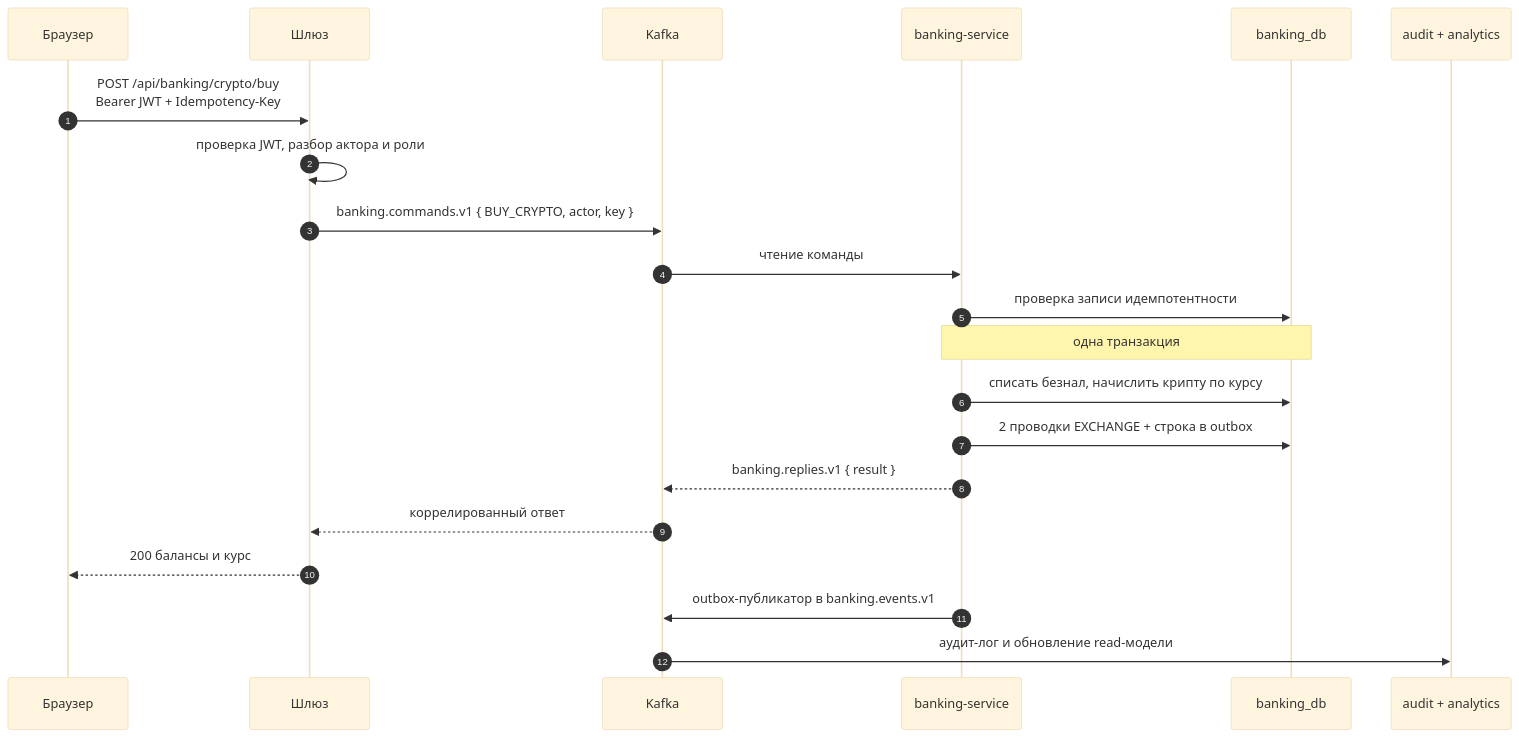
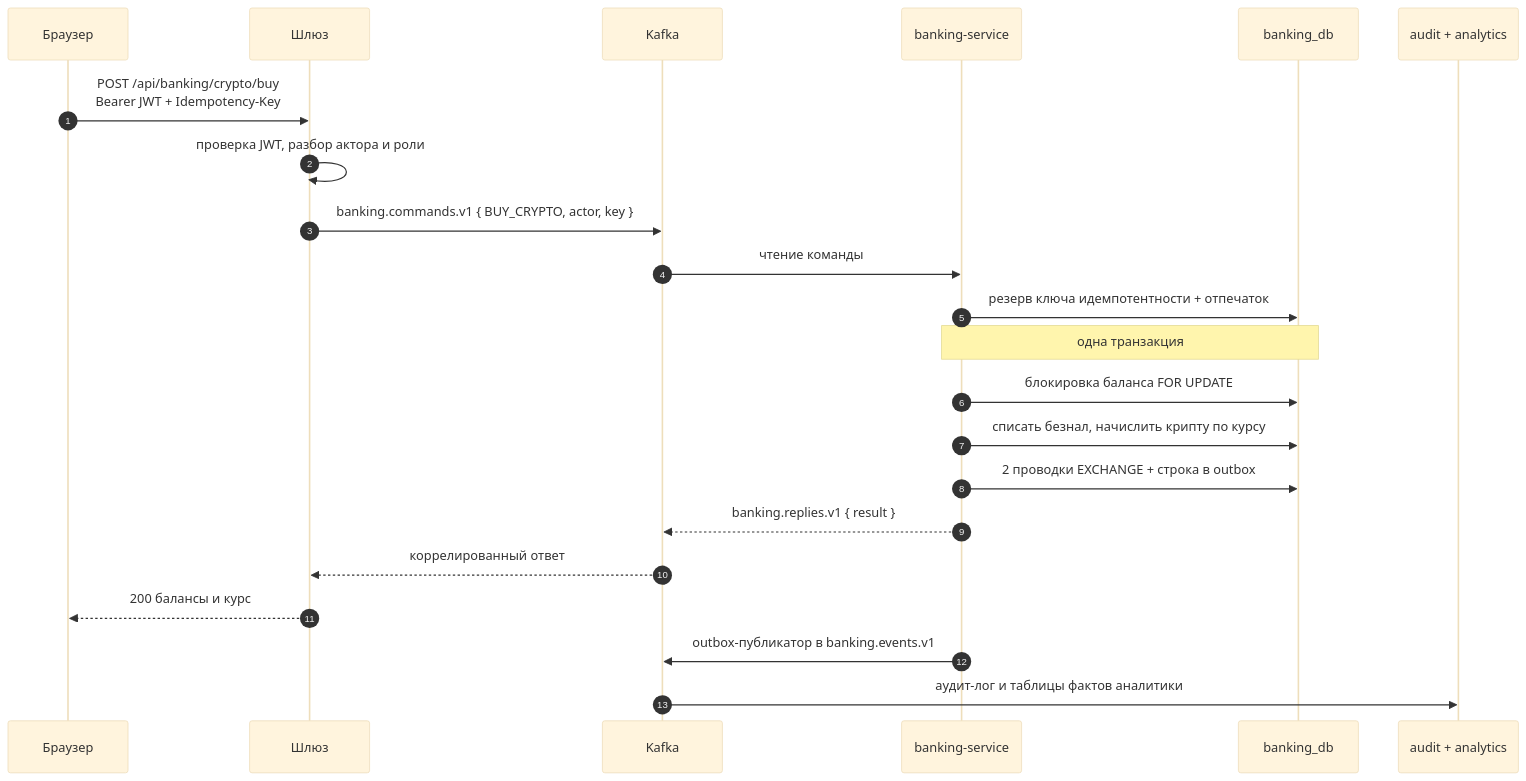
One commit to Andrew97422/cyberpunk-economy changed the second of 2 diagrams in README.ru.md. Above: the diagram before and after it, drawn with Mermaid (base theme). The commit also changed other lines of this file and 1 other file, not shown here.

````diff
--- a/README.ru.md
+++ b/README.ru.md
@@ -94,24 +264,25 @@
 ```mermaid
 sequenceDiagram
     autonumber
     participant U as Браузер
     participant G as Шлюз
     participant K as Kafka
     participant B as banking-service
     participant DB as banking_db
     participant A as audit + analytics
 
     U->>G: POST /api/banking/crypto/buy<br/>Bearer JWT + Idempotency-Key
     G->>G: проверка JWT, разбор актора и роли
     G->>K: banking.commands.v1 { BUY_CRYPTO, actor, key }
     K->>B: чтение команды
-    B->>DB: проверка записи идемпотентности
+    B->>DB: резерв ключа идемпотентности + отпечаток
     Note over B,DB: одна транзакция
+    B->>DB: блокировка баланса FOR UPDATE
     B->>DB: списать безнал, начислить крипту по курсу
     B->>DB: 2 проводки EXCHANGE + строка в outbox
     B-->>K: banking.replies.v1 { result }
     K-->>G: коррелированный ответ
     G-->>U: 200 балансы и курс
     B->>K: outbox-публикатор в banking.events.v1
-    K->>A: аудит-лог и обновление read-модели
+    K->>A: аудит-лог и таблицы фактов аналитики
 ```
````
